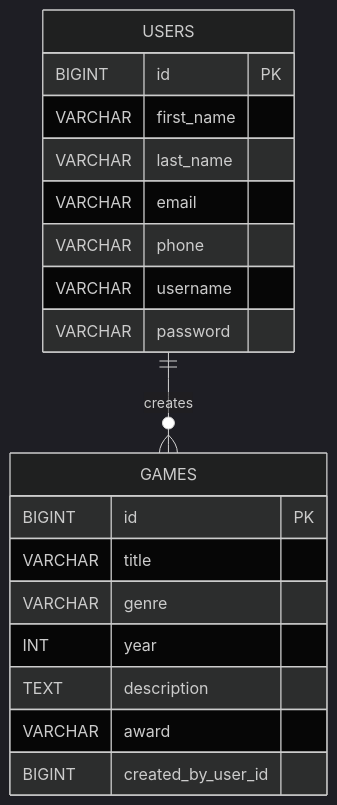
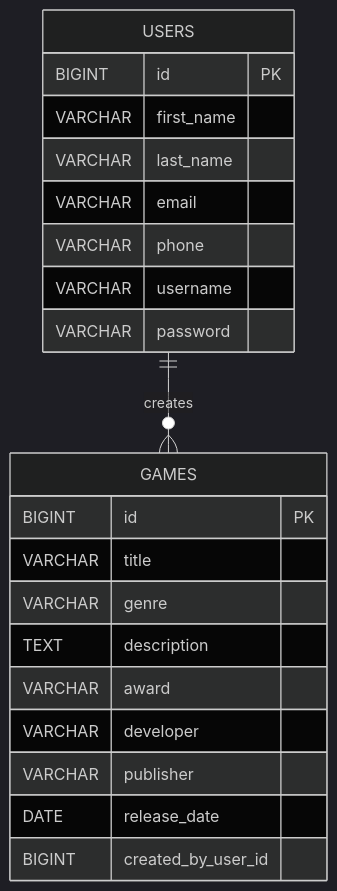
One commit to JIaconisGCU/CST-339_Group-5 changed the diagram in docs/week4/Week4_DesignReport.md. Above: the diagram before and after it, drawn with Mermaid (dark theme). The commit also changed other lines of this file and 5 other files, not shown here.

````diff
--- a/docs/week4/Week4_DesignReport.md
+++ b/docs/week4/Week4_DesignReport.md
@@ -116,24 +143,26 @@
 ```mermaid
 erDiagram
     USERS ||--o{ GAMES : creates
 
     USERS {
         BIGINT id PK
         VARCHAR first_name
         VARCHAR last_name
         VARCHAR email
         VARCHAR phone
         VARCHAR username
         VARCHAR password
     }
 
     GAMES {
         BIGINT id PK
         VARCHAR title
         VARCHAR genre
-        INT year
         TEXT description
         VARCHAR award
+        VARCHAR developer
+        VARCHAR publisher
+        DATE release_date
         BIGINT created_by_user_id
     }
 ```  
````
